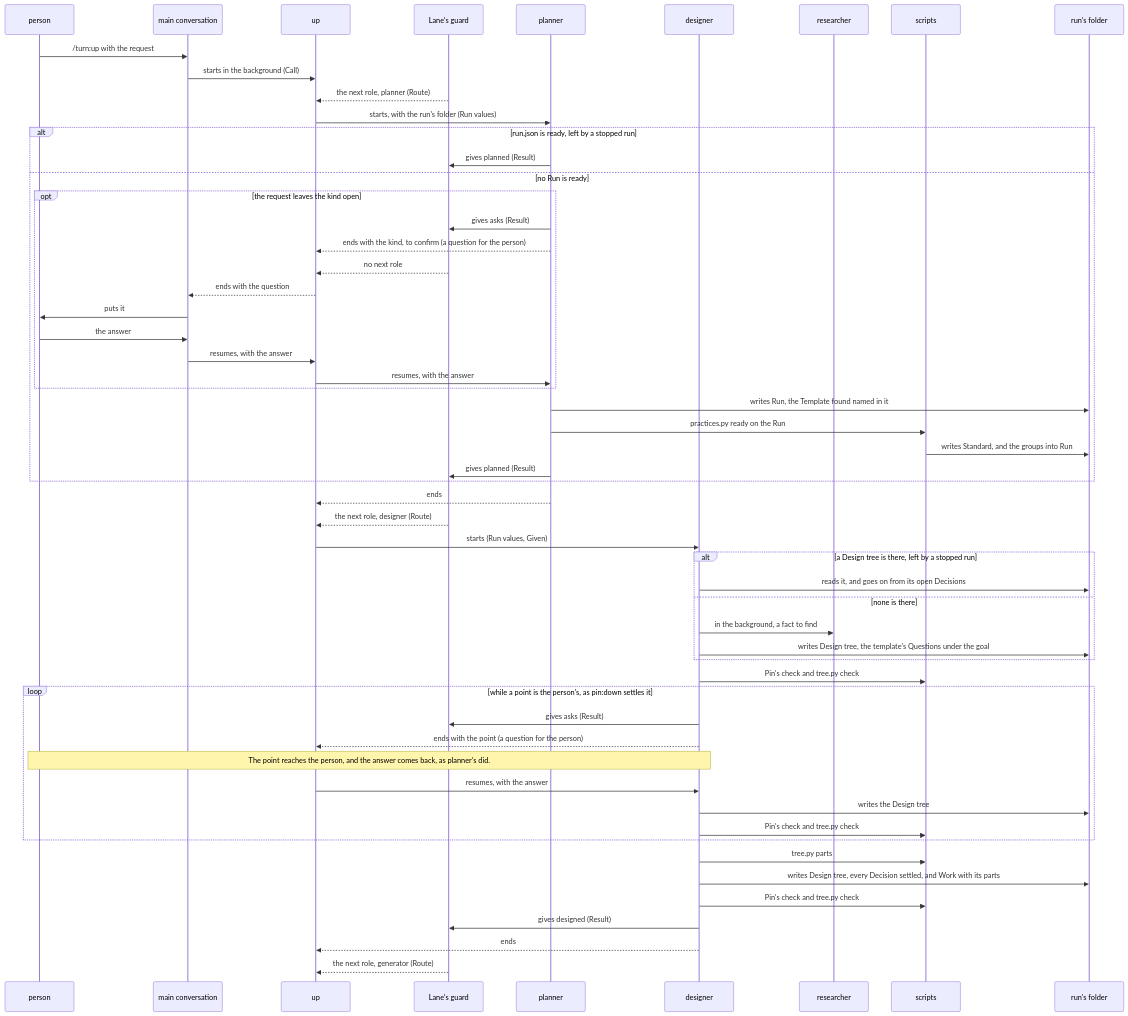
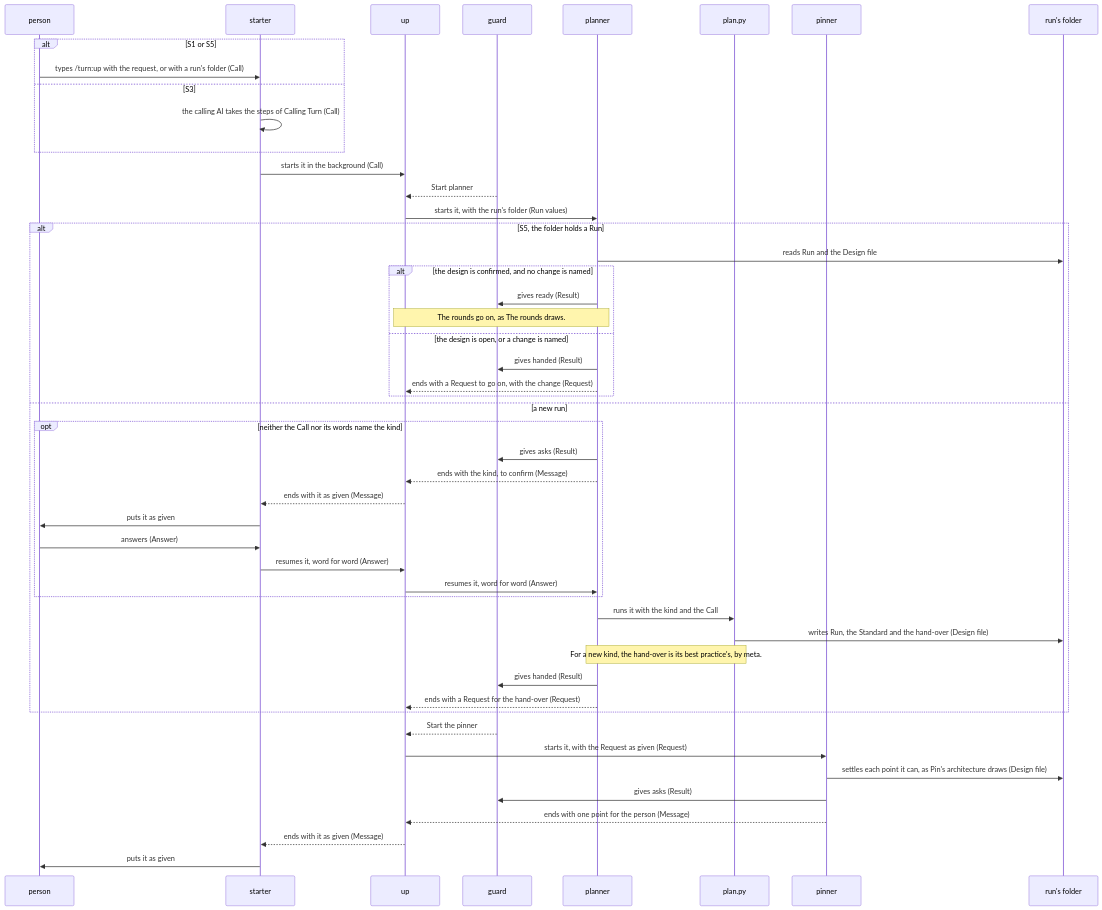
Before and after one commit to lovaizu/ccpm: the first of 3 diagrams in dev/turn/architecture.md, drawn with Mermaid. The commit also changed other lines of this file and 8 other files, not shown here.

````diff
--- a/dev/turn/architecture.md
+++ b/dev/turn/architecture.md
@@ -383,58 +312,51 @@
 ```mermaid
 sequenceDiagram
   participant P as person
-  participant M as main conversation
+  participant ST as starter
   participant U as up
-  participant G as Lane's guard
+  participant G as guard
   participant PL as planner
-  participant D as designer
-  participant RS as researcher
-  participant S as scripts
+  participant PS as plan.py
+  participant PN as pinner
   participant F as run's folder
-  P->>M: /turn:up with the request
-  M->>U: starts in the background (Call)
-  G-->>U: the next role, planner (Route)
-  U->>PL: starts, with the run's folder (Run values)
-  alt run.json is ready, left by a stopped run
-    PL->>G: gives planned (Result)
-  else no Run is ready
-    opt the request leaves the kind open
+  alt S1 or S5
+    P->>ST: types /turn:up with the request, or with a run's folder (Call)
+  else S3
+    ST->>ST: the calling AI takes the steps of Calling Turn (Call)
+  end
+  ST->>U: starts it in the background (Call)
+  G-->>U: Start planner
+  U->>PL: starts it, with the run's folder (Run values)
+  alt S5, the folder holds a Run
+    PL->>F: reads Run and the Design file
+    alt the design is confirmed, and no change is named
+      PL->>G: gives ready (Result)
+      Note over U,PL: The rounds go on, as The rounds draws.
+    else the design is open, or a change is named
+      PL->>G: gives handed (Result)
+      PL-->>U: ends with a Request to go on, with the change (Request)
+    end
+  else a new run
+    opt neither the Call nor its words name the kind
       PL->>G: gives asks (Result)
-      PL-->>U: ends with the kind, to confirm (a question for the person)
-      G-->>U: no next role
-      U-->>M: ends with the question
-      M->>P: puts it
-      P->>M: the answer
-      M->>U: resumes, with the answer
-      U->>PL: resumes, with the answer
+      PL-->>U: ends with the kind, to confirm (Message)
+      U-->>ST: ends with it as given (Message)
+      ST->>P: puts it as given
+      P->>ST: answers (Answer)
+      ST->>U: resumes it, word for word (Answer)
+      U->>PL: resumes it, word for word (Answer)
     end
-    PL->>F: writes Run, the Template found named in it
-    PL->>S: practices.py ready on the Run
-    S->>F: writes Standard, and the groups into Run
-    PL->>G: gives planned (Result)
+    PL->>PS: runs it with the kind and the Call
+    PS->>F: writes Run, the Standard and the hand-over (Design file)
+    Note over PL,PS: For a new kind, the hand-over is its best practice's, by meta.
+    PL->>G: gives handed (Result)
+    PL-->>U: ends with a Request for the hand-over (Request)
   end
-  PL-->>U: ends
-  G-->>U: the next role, designer (Route)
-  U->>D: starts (Run values, Given)
-  alt a Design tree is there, left by a stopped run
-    D->>F: reads it, and goes on from its open Decisions
-  else none is there
-    D->>RS: in the background, a fact to find
-    D->>F: writes Design tree, the template's Questions under the goal
-  end
-  D->>S: Pin's check and tree.py check
-  loop while a point is the person's, as pin:down settles it
-    D->>G: gives asks (Result)
-    D-->>U: ends with the point (a question for the person)
-    Note over P,D: The point reaches the person, and the answer comes back, as planner's did.
-    U->>D: resumes, with the answer
-    D->>F: writes the Design tree
-    D->>S: Pin's check and tree.py check
-  end
-  D->>S: tree.py parts
-  D->>F: writes Design tree, every Decision settled, and Work with its parts
-  D->>S: Pin's check and tree.py check
-  D->>G: gives designed (Result)
-  D-->>U: ends
-  G-->>U: the next role, generator (Route)
+  G-->>U: Start the pinner
+  U->>PN: starts it, with the Request as given (Request)
+  PN->>F: settles each point it can, as Pin's architecture draws (Design file)
+  PN->>G: gives asks (Result)
+  PN-->>U: ends with one point for the person (Message)
+  U-->>ST: ends with it as given (Message)
+  ST->>P: puts it as given
 ```
````
